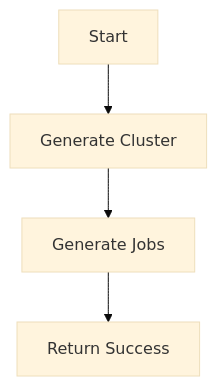
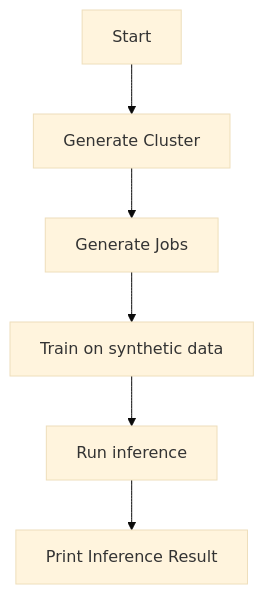
Before and after one commit to singbar/rl_demo: the first of 3 diagrams in README.md, drawn with Mermaid (base theme). The commit also changed other lines of this file, not shown here.

````diff
--- a/README.md
+++ b/README.md
@@ -24,6 +24,8 @@
 ```mermaid
 graph TD
     A[Start] --> B[Generate Cluster]
     B --> C[Generate Jobs]
-    C --> D[Return Success]
+    C --> D[Train on synthetic data]
+    D --> E[Run inference]
+    E -->F[Print Inference Result]
 ```
````
